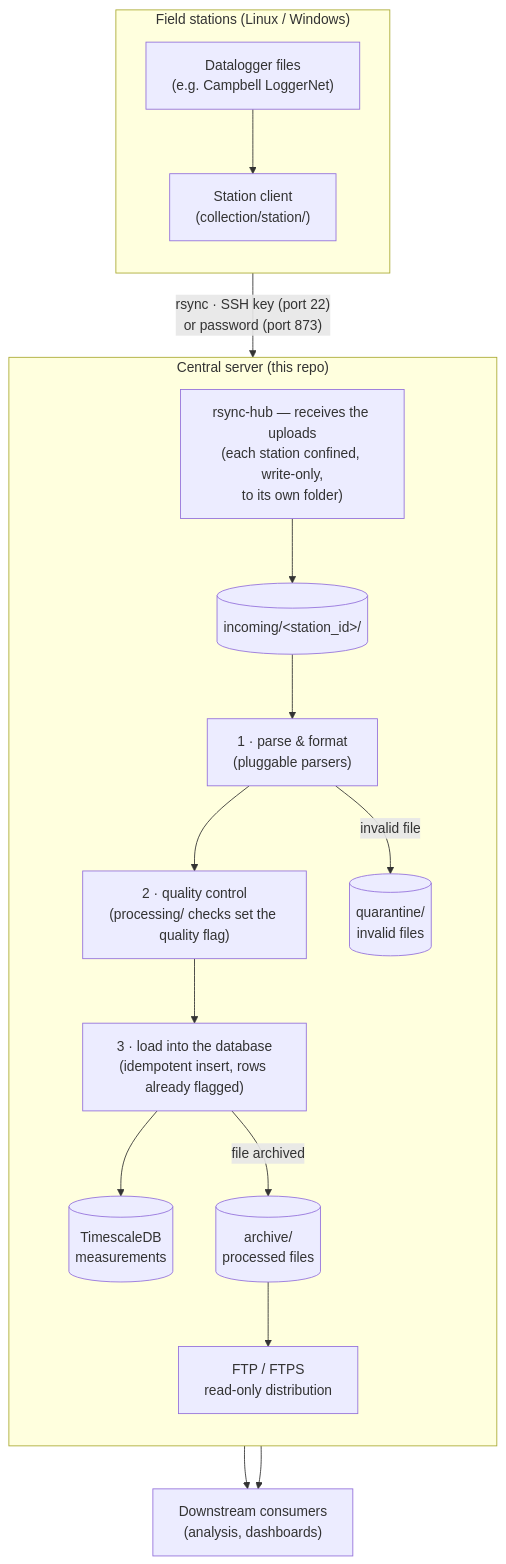
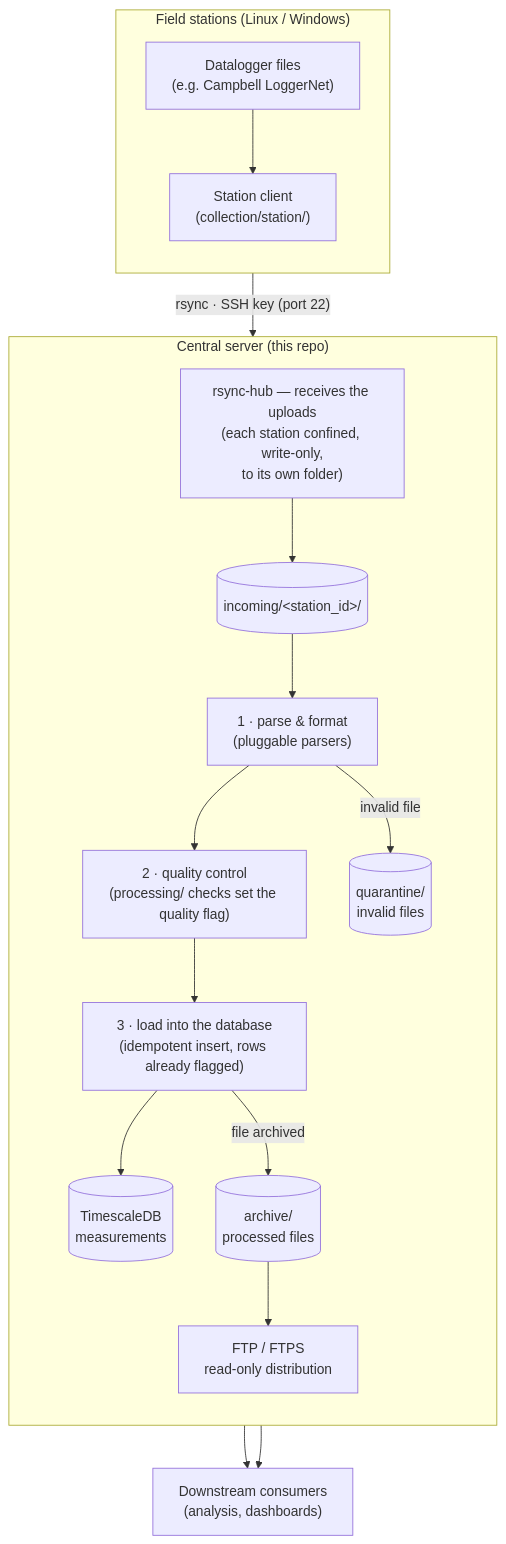
The diagram in README.md (CarbonARA-UFOPA/carbonara-datahub), drawn with Mermaid before and after one commit. The commit also changed other lines of this file, not shown here.

````diff
--- a/README.md
+++ b/README.md
@@ -13,38 +13,38 @@
 ```mermaid
 %%{init: {"flowchart": {"useMaxWidth": false}}}%%
 flowchart TB
     subgraph field["Field stations (Linux / Windows)"]
         direction TB
         ST["Datalogger files<br/>(e.g. Campbell LoggerNet)"]
         CL["Station client<br/>(collection/station/)"]
         ST --> CL
     end
 
     subgraph hub["Central server (this repo)"]
         direction TB
         RH["rsync-hub — receives the uploads<br/>(each station confined, write-only,<br/>to its own folder)"]
         INC[("incoming/&lt;station_id&gt;/")]
         PARSE["1 · parse &amp; format<br/>(pluggable parsers)"]
         QC["2 · quality control<br/>(processing/ checks set the quality flag)"]
         LOAD["3 · load into the database<br/>(idempotent insert, rows already flagged)"]
         DB[("TimescaleDB<br/>measurements")]
         QUA[("quarantine/<br/>invalid files")]
         ARC[("archive/<br/>processed files")]
         FTP["FTP / FTPS<br/>read-only distribution"]
 
         RH --> INC
         INC --> PARSE
         PARSE --> QC
         QC --> LOAD
         LOAD --> DB
         PARSE -- "invalid file" --> QUA
         LOAD -- "file archived" --> ARC
         ARC --> FTP
     end
 
     CONS["Downstream consumers<br/>(analysis, dashboards)"]
 
-    CL -- "rsync · SSH key (port 22)<br/>or password (port 873)" --> RH
+    CL -- "rsync · SSH key (port 22)" --> RH
     FTP --> CONS
     DB --> CONS
 ```
````
